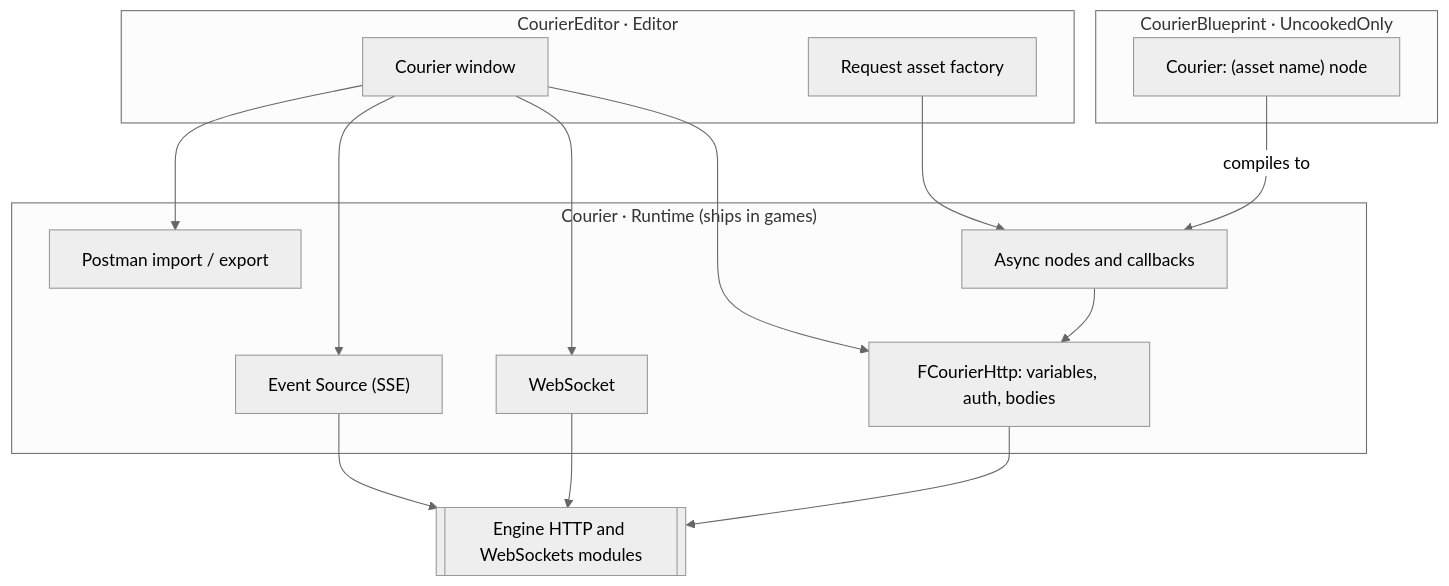
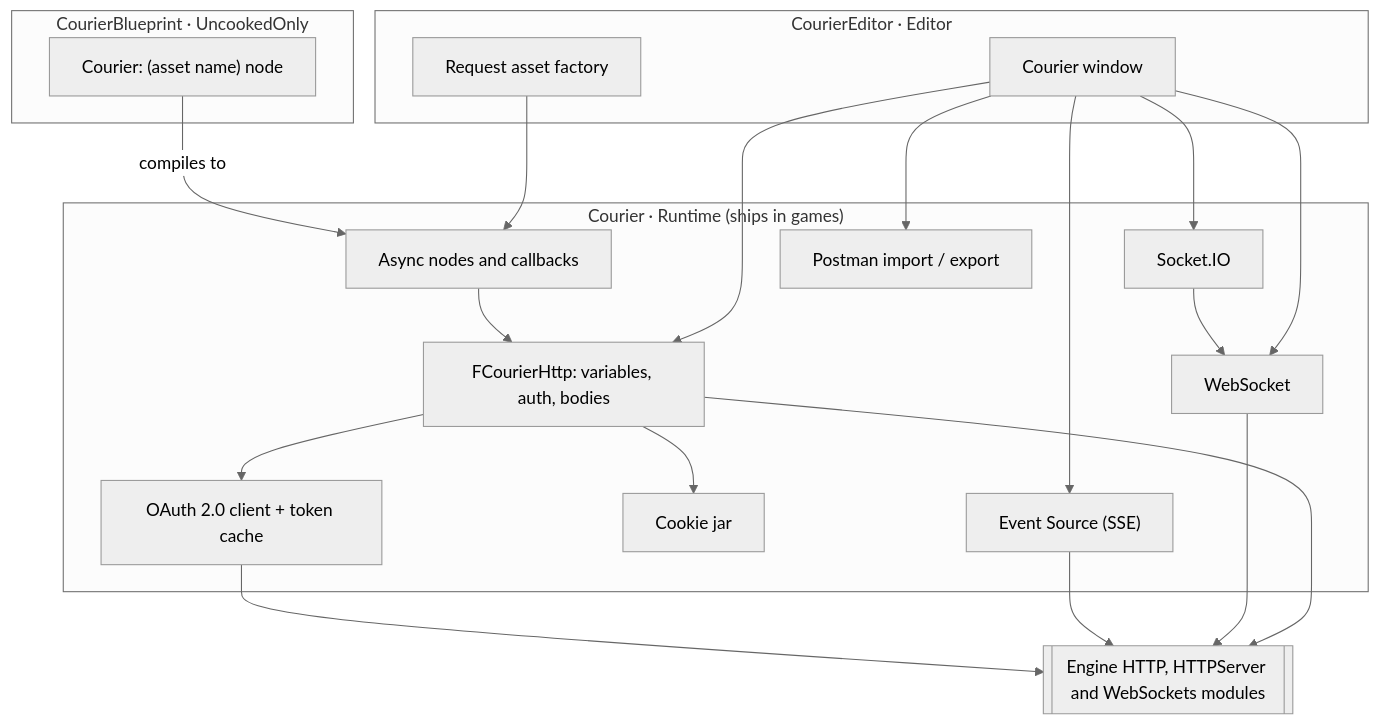
Before and after one commit to ahmad-farrag/Courier-UE5: the first of 2 diagrams in README.md, drawn with Mermaid (neutral theme). The commit also changed other lines of this file and 5 other files, not shown here.

First line of the commit message:
Docs: Socket.IO, OAuth 2.0 and cookies

````diff
--- a/README.md
+++ b/README.md
@@ -175,27 +242,35 @@
 ```mermaid
 flowchart TB
     subgraph Editor["CourierEditor · Editor"]
         W["Courier window"]
         F["Request asset factory"]
     end
     subgraph BP["CourierBlueprint · UncookedOnly"]
         K["Courier: (asset name) node"]
     end
     subgraph RT["Courier · Runtime (ships in games)"]
         S["Async nodes and callbacks"]
         H["FCourierHttp: variables, auth, bodies"]
+        O["OAuth 2.0 client + token cache"]
+        C["Cookie jar"]
         WS["WebSocket"]
+        SIO["Socket.IO"]
         ES["Event Source (SSE)"]
         P["Postman import / export"]
     end
     W --> H
+    W --> SIO
     W --> WS
     W --> ES
     W --> P
     F --> S
     K -- "compiles to" --> S
     S --> H
-    H --> E[["Engine HTTP and WebSockets modules"]]
+    H --> O
+    H --> C
+    SIO --> WS
+    H --> E[["Engine HTTP, HTTPServer and WebSockets modules"]]
     WS --> E
     ES --> E
+    O --> E
 ```
````
